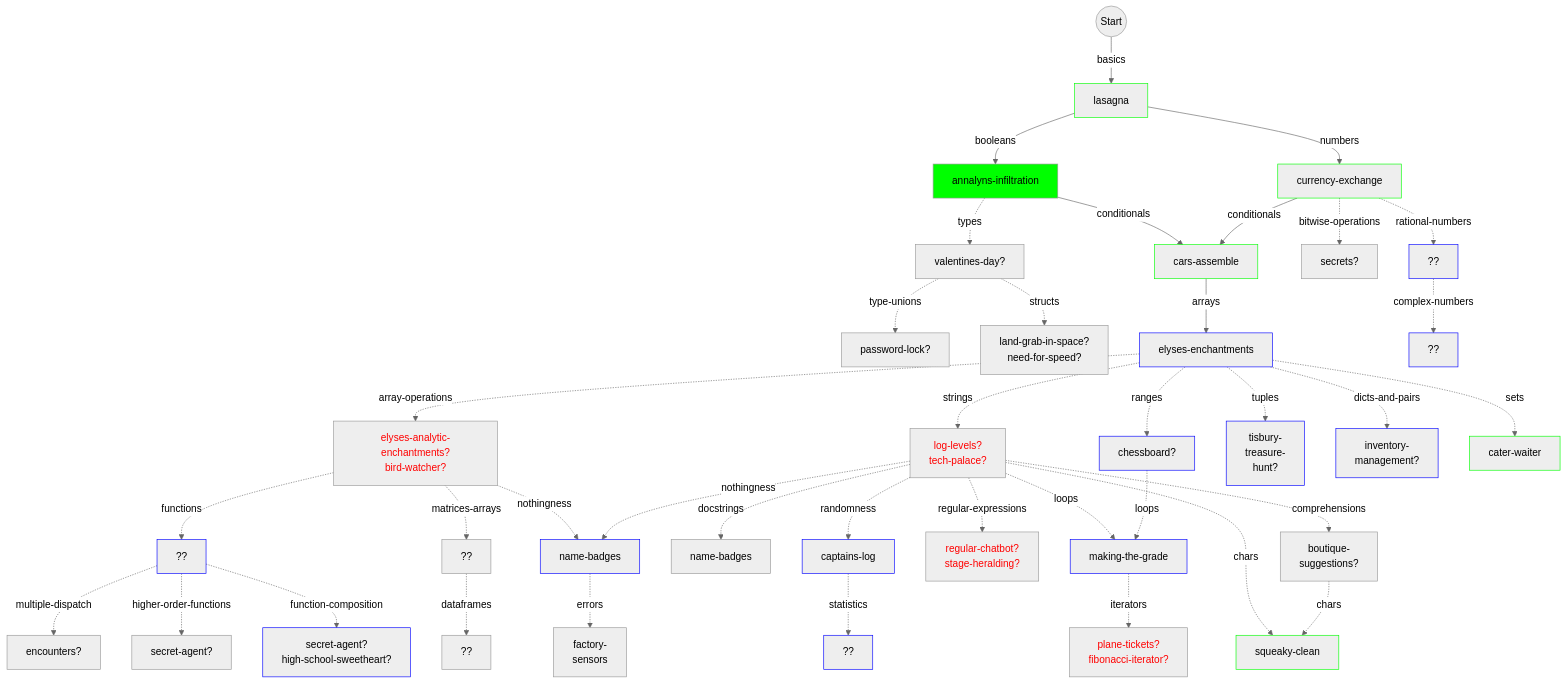
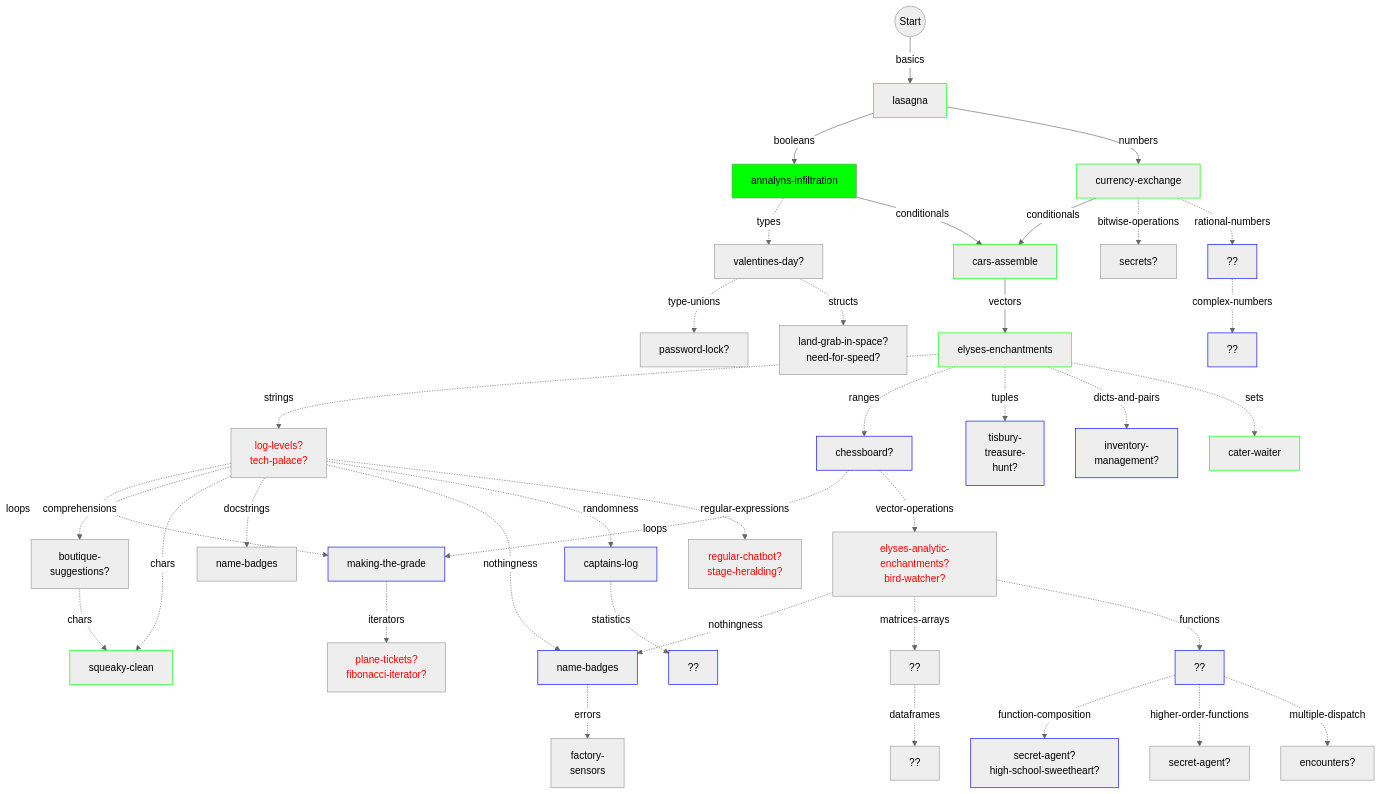
Before and after one commit to colinleach/learning-track-doodles: the diagram in julia/flowchart.md, drawn with Mermaid (neutral theme).

Commit message:
cleanup of names, vec-ops now below ranges

```diff
--- a/julia/flowchart.md
+++ b/julia/flowchart.md
@@ -38,8 +38,8 @@
 numbers --conditionals--> conditionals["cars-assemble"]
 style conditionals stroke:#0f0
 
-conditionals --arrays--> arrays["elyses-enchantments"]
-style arrays stroke:#00f
+conditionals --vectors--> vectors["elyses-enchantments"]
+style vectors stroke:#0f0
 
 strings -.loops.-> loops["making-the-grade"]
 style loops stroke:#00f
@@ -47,37 +47,37 @@
 ranges -.loops.-> loops["making-the-grade"]
 style loops stroke:#00f
 
-arrays -.strings.-> strings["log-levels?<br/>tech-palace?"]
+vectors -.strings.-> strings["log-levels?<br/>tech-palace?"]
 style strings color:#f00
 
 %% ranges -.loops.-> loops["mixed-juices?<br/>making-the-grade?"]
 %% style loops stroke:#0f0
 
-arrays -.array-operations.-> array-operations["elyses-analytic-enchantments?<br/>bird-watcher?"]
-style array-operations color:#f00
+ranges -.vector-operations.-> vector-operations["elyses-analytic-enchantments?<br/>bird-watcher?"]
+style vector-operations color:#f00
 
-arrays -.ranges.-> ranges["chessboard?"]
+vectors -.ranges.-> ranges["chessboard?"]
 style ranges stroke:#00f
 
 strings -.comprehensions.-> comprehensions["boutique-<br/>suggestions?"]
 %% style comprehensions stroke:#0f0
 
-arrays -.tuples.-> tuples["tisbury-<br/>treasure-<br/>hunt?"]
+vectors -.tuples.-> tuples["tisbury-<br/>treasure-<br/>hunt?"]
 style tuples stroke:#00f
 
 %% ranges -.iterators.-> iterators["plane-<br/>tickets?"]
 %% %% style iterators stroke:#0f0
 
-arrays -.dicts-and-pairs.-> dicts-and-pairs["inventory-<br/>management?"]
+vectors -.dicts-and-pairs.-> dicts-and-pairs["inventory-<br/>management?"]
 style dicts-and-pairs stroke:#00f
 
-arrays -.sets.-> sets["cater-waiter"]
+vectors -.sets.-> sets["cater-waiter"]
 style sets stroke:#0f0
 
-%% array-operations -.vector-functions.-> vector-functions["??"]
+%% vector-operations -.vector-functions.-> vector-functions["??"]
 %% %% style vector-functions color:#f00
 
-array-operations -.nothingness.-> nothingness["name-badge"]
+vector-operations -.nothingness.-> nothingness["name-badge"]
 style nothingness stroke:#00f
 
 strings -.chars.-> chars["squeaky-clean"]
@@ -106,17 +106,17 @@
 numbers -.bitwise-operations.-> bitwise-operations["secrets?"]
 %% style bitwise-operations fill:#0f0
 
-array-operations -.matrices-arrays.-> matrices-arrays["??"]
+vector-operations -.matrices-arrays.-> matrices-arrays["??"]
 %% style matrices-arrays fill:#f00,color:#fff
 
 matrices-arrays -.dataframes.-> dataframes["??"]
 
 %% vector-functions -.functions.-> functions["??"]
 
-array-operations -.functions.-> functions["??"]
+vector-operations -.functions.-> functions["??"]
 style functions stroke:#00f
 
-%% arrays -.broadcasting.-> broadcasting["??"]
+%% vectors -.broadcasting.-> broadcasting["??"]
 %% %% style broadcasting fill:#f00,color:#fff
 
 functions -.function-composition.-> function-composition["secret-agent?<br/>high-school-sweetheart?"]
```
